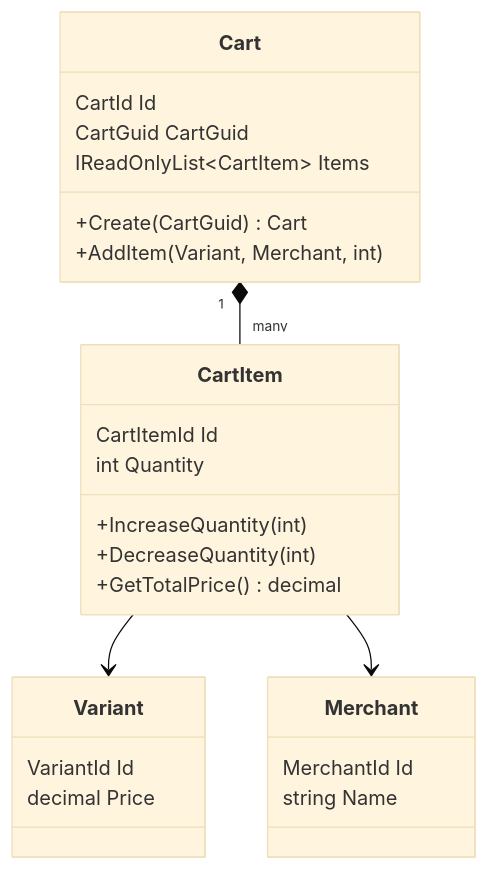
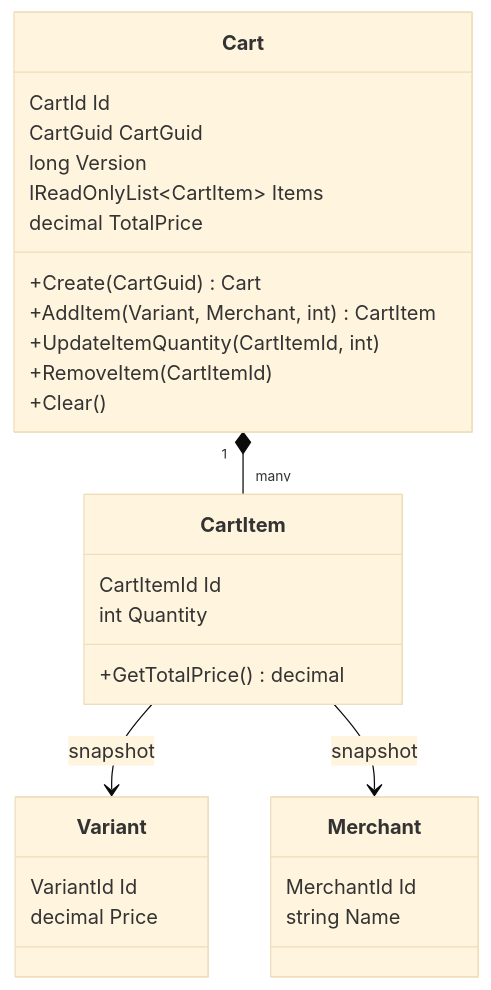
The third of 3 diagrams in README.md (gokhanertogan/ShoppingCartProject), drawn with Mermaid (base theme) before and after one commit. The commit also changed other lines of this file and 1 other file, not shown here.

````diff
--- a/README.md
+++ b/README.md
@@ -53,28 +91,31 @@
 ```mermaid
 classDiagram
     class Cart {
         CartId Id
         CartGuid CartGuid
+        long Version
         IReadOnlyList~CartItem~ Items
+        decimal TotalPrice
         +Create(CartGuid) Cart
-        +AddItem(Variant, Merchant, int)
+        +AddItem(Variant, Merchant, int) CartItem
+        +UpdateItemQuantity(CartItemId, int)
+        +RemoveItem(CartItemId)
+        +Clear()
     }
     class CartItem {
         CartItemId Id
         int Quantity
-        +IncreaseQuantity(int)
-        +DecreaseQuantity(int)
         +GetTotalPrice() decimal
     }
     class Variant {
         VariantId Id
         decimal Price
     }
     class Merchant {
         MerchantId Id
         string Name
     }
     Cart "1" *-- "many" CartItem
-    CartItem --> Variant
-    CartItem --> Merchant
+    CartItem --> Variant : snapshot
+    CartItem --> Merchant : snapshot
 ```
````
